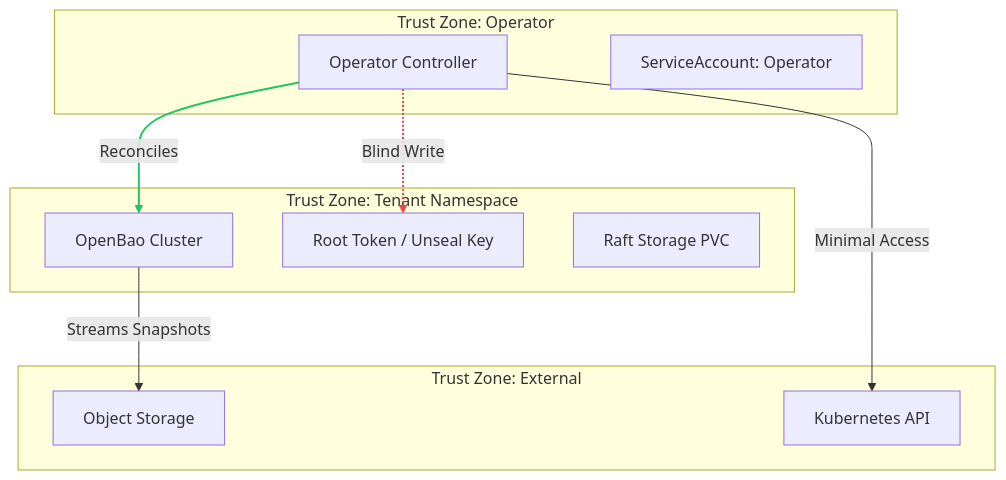
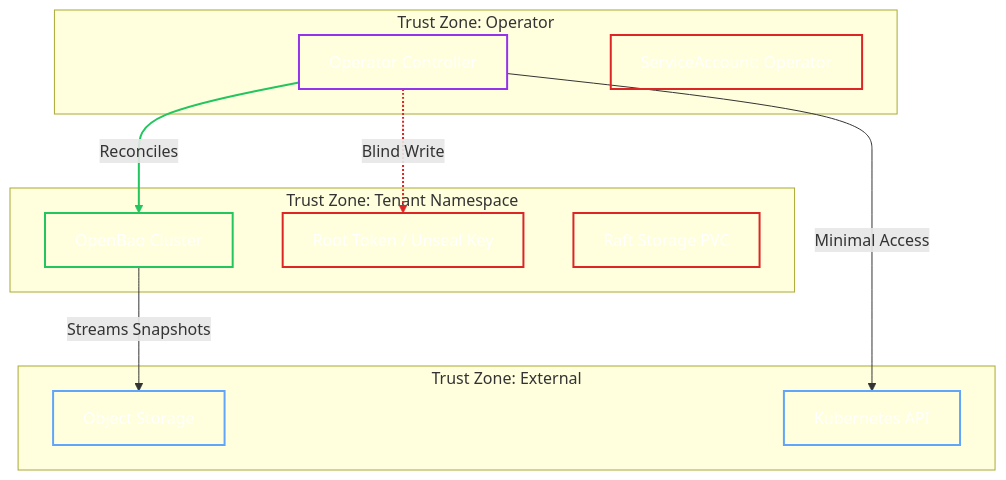
The diagram in docs/security/fundamentals/threat-model.md (dc-tec/openbao-operator), drawn with Mermaid before and after one commit. The commit also changed 48 other files, not shown here.

````diff
--- a/docs/security/fundamentals/threat-model.md
+++ b/docs/security/fundamentals/threat-model.md
@@ -10,26 +10,37 @@
 ```mermaid
 graph TD
     subgraph Operator_Zone [Trust Zone: Operator]
         Op[Operator Controller]
         OpSA[ServiceAccount: Operator]
     end
 
     subgraph Tenant_Zone [Trust Zone: Tenant Namespace]
         Bao[OpenBao Cluster]
         Secret[Root Token / Unseal Key]
         PVC[Raft Storage PVC]
     end
 
     subgraph Cloud_Zone [Trust Zone: External]
         S3[Object Storage]
         K8sAPI[Kubernetes API]
     end
 
     Op -- Reconciles --> Bao
     Op -- Minimal Access --> K8sAPI
     Op -.->|Blind Write| Secret
     Bao -- Streams Snapshots --> S3
     
     linkStyle 0 stroke:#22c55e,stroke-width:2px;
-    linkStyle 2 stroke:#ef4444,stroke-width:2px;
+    linkStyle 2 stroke:#dc2626,stroke-width:2px;
+
+    classDef read fill:transparent,stroke:#60a5fa,stroke-width:2px,color:#fff;
+    classDef write fill:transparent,stroke:#22c55e,stroke-width:2px,color:#fff;
+    classDef security fill:transparent,stroke:#dc2626,stroke-width:2px,color:#fff;
+    classDef process fill:transparent,stroke:#9333ea,stroke-width:2px,color:#fff;
+
+    class Op process;
+    class OpSA security;
+    class Bao write;
+    class Secret,PVC security;
+    class S3,K8sAPI read;
 ```
````
